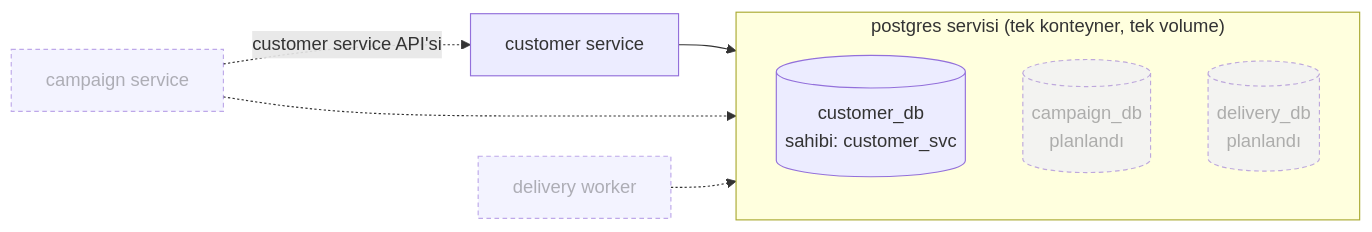
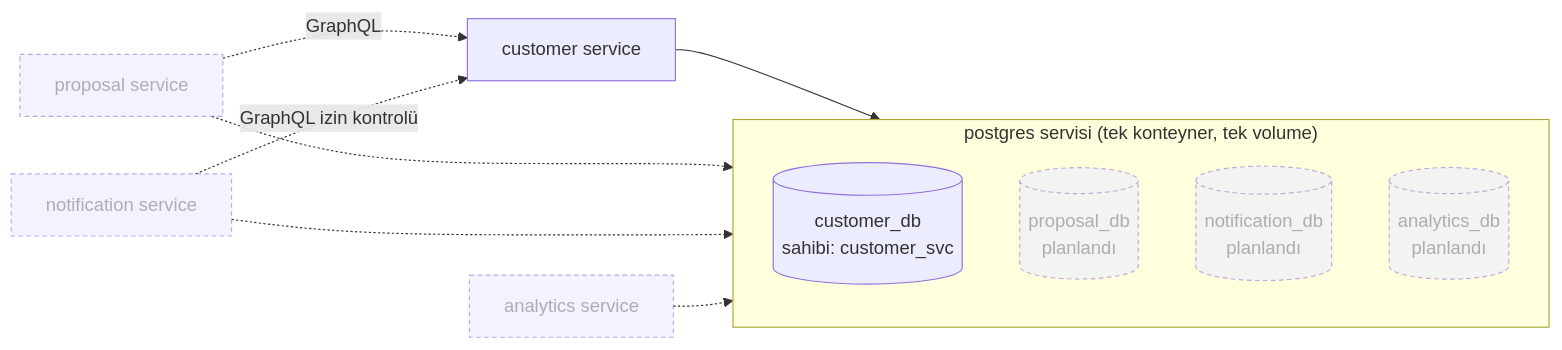
Before and after one commit to furknozg/coldbru: the first of 2 diagrams in docs/database-architecture.md, drawn with Mermaid. The commit also changed other lines of this file and 2 other files, not shown here.

````diff
--- a/docs/database-architecture.md
+++ b/docs/database-architecture.md
@@ -19,14 +19,17 @@
 ```mermaid
 flowchart LR
     subgraph pg["postgres servisi (tek konteyner, tek volume)"]
         direction TB
         cdb[("customer_db<br/>sahibi: customer_svc")]
-        kdb[("campaign_db<br/>planlandı")]:::planned
-        ddb[("delivery_db<br/>planlandı")]:::planned
+        pdb[("proposal_db<br/>planlandı")]:::planned
+        ndb[("notification_db<br/>planlandı")]:::planned
+        adb[("analytics_db<br/>planlandı")]:::planned
     end
     cs["customer service"] --> cdb
-    ks["campaign service"]:::planned -. "customer service API'si" .-> cs
-    ks -.-> kdb
-    ws["delivery worker"]:::planned -.-> ddb
+    ps["proposal service"]:::planned -. "GraphQL" .-> cs
+    ps -.-> pdb
+    ns["notification service"]:::planned -. "GraphQL izin kontrolü" .-> cs
+    ns -.-> ndb
+    as["analytics service"]:::planned -.-> adb
     classDef planned stroke-dasharray: 4 3,opacity:0.6
 ```
````
